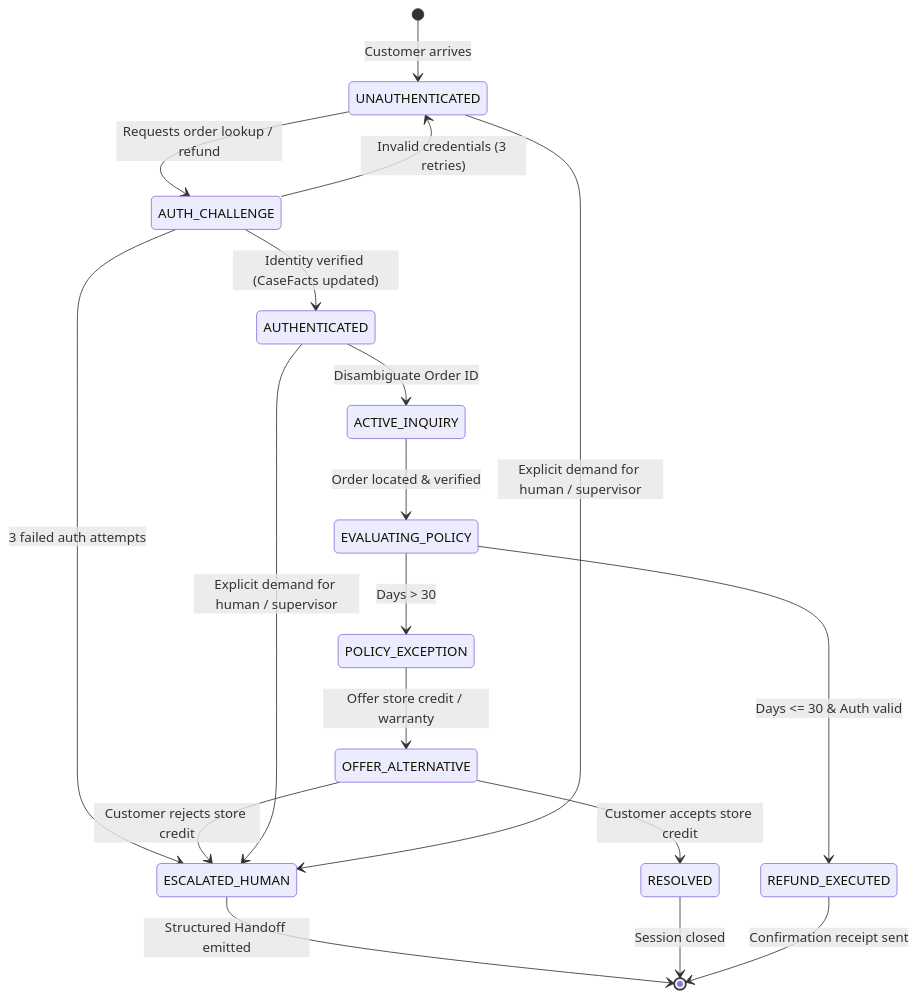
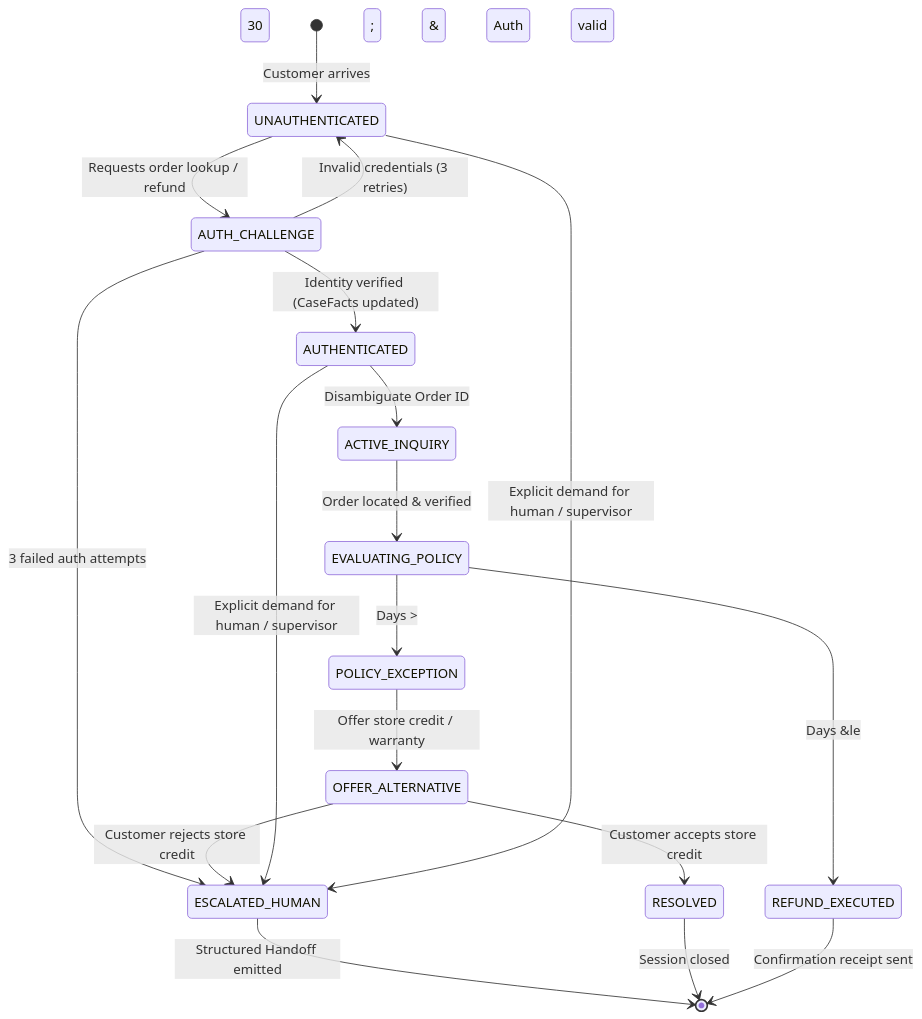
Before and after one commit to dip4k/claude_cert_architect_foundation_prep: the third of 3 diagrams in scenarios/scenario_1_customer_support/SCENARIO_GUIDE.md, drawn with Mermaid. The commit also changed other lines of this file and 31 other files, not shown here.

First line of the commit message:
docs(diagrams): fix GitHub Mermaid rendering cut-off, wrappingWidth, and entity escapes across all 32 docs

````diff
--- a/scenarios/scenario_1_customer_support/SCENARIO_GUIDE.md
+++ b/scenarios/scenario_1_customer_support/SCENARIO_GUIDE.md
@@ -300,25 +300,25 @@
 ```mermaid
 stateDiagram-v2
     [*] --> UNAUTHENTICATED: Customer arrives
     UNAUTHENTICATED --> AUTH_CHALLENGE: Requests order lookup / refund
     AUTH_CHALLENGE --> UNAUTHENTICATED: Invalid credentials (3 retries)
     AUTH_CHALLENGE --> ESCALATED_HUMAN: 3 failed auth attempts
     AUTH_CHALLENGE --> AUTHENTICATED: Identity verified (CaseFacts updated)
 
     AUTHENTICATED --> ACTIVE_INQUIRY: Disambiguate Order ID
     ACTIVE_INQUIRY --> EVALUATING_POLICY: Order located & verified
     
-    EVALUATING_POLICY --> REFUND_EXECUTED: Days <= 30 & Auth valid
-    EVALUATING_POLICY --> POLICY_EXCEPTION: Days > 30
+    EVALUATING_POLICY --> REFUND_EXECUTED: Days &le; 30 & Auth valid
+    EVALUATING_POLICY --> POLICY_EXCEPTION: Days &gt; 30
     
     POLICY_EXCEPTION --> OFFER_ALTERNATIVE: Offer store credit / warranty
     OFFER_ALTERNATIVE --> ESCALATED_HUMAN: Customer rejects store credit
     OFFER_ALTERNATIVE --> RESOLVED: Customer accepts store credit
 
     AUTHENTICATED --> ESCALATED_HUMAN: Explicit demand for human / supervisor
     UNAUTHENTICATED --> ESCALATED_HUMAN: Explicit demand for human / supervisor
     
     ESCALATED_HUMAN --> [*]: Structured Handoff emitted
     RESOLVED --> [*]: Session closed
     REFUND_EXECUTED --> [*]: Confirmation receipt sent
 ```
````
